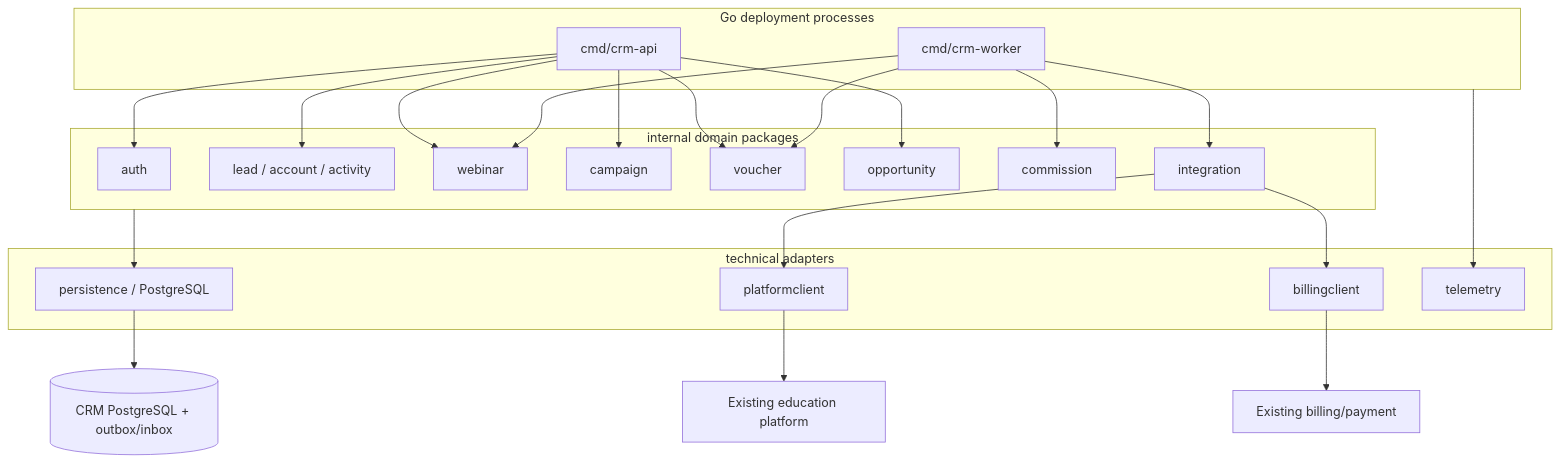
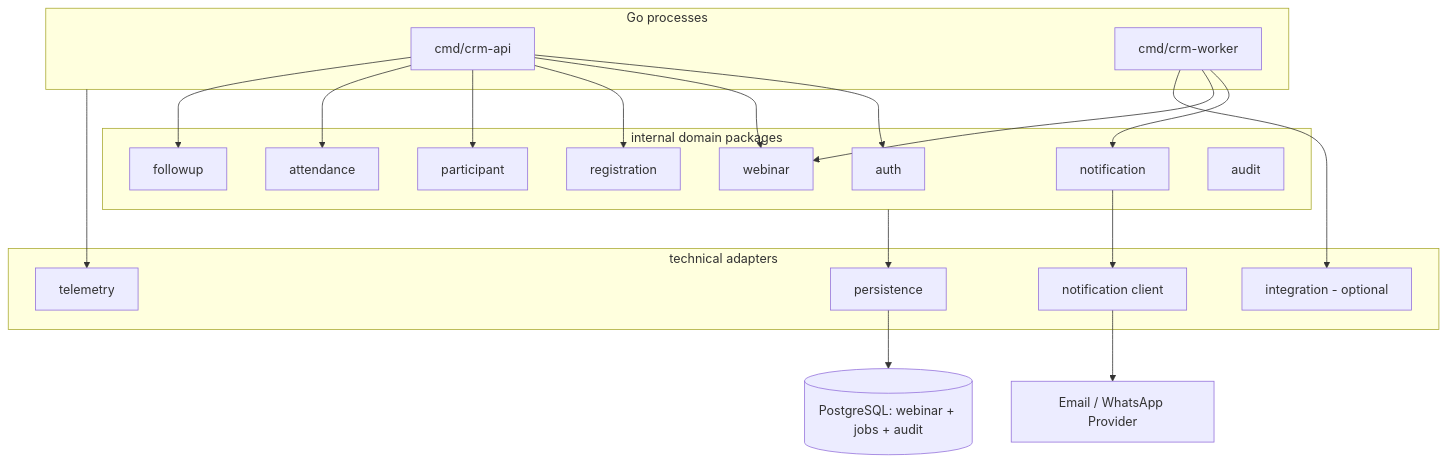
The diagram in diagrams/go-module-architecture.mmd (izestylusx/crm-sales-webinar-voucher), drawn with Mermaid before and after one commit. The commit also changed 50 other files, not shown here.

```diff
--- a/diagrams/go-module-architecture.mmd
+++ b/diagrams/go-module-architecture.mmd
@@ -1,41 +1,38 @@
 flowchart TB
-    subgraph Processes[Go deployment processes]
+    subgraph Processes[Go processes]
       API[cmd/crm-api]
       WORKER[cmd/crm-worker]
     end
 
     subgraph Domains[internal domain packages]
       AUTH[auth]
-      LEAD[lead / account / activity]
       WEB[webinar]
-      CAM[campaign]
-      VCH[voucher]
-      OPP[opportunity]
-      COM[commission]
-      INT[integration]
+      REG[registration]
+      PART[participant]
+      ATT[attendance]
+      NOTIF[notification]
+      FUP[followup]
+      AUD[audit]
     end
 
     subgraph Adapters[technical adapters]
-      PG[persistence / PostgreSQL]
-      PC[platformclient]
-      BC[billingclient]
+      PG[persistence]
+      NC[notification client]
       TEL[telemetry]
+      INT[integration - optional]
     end
 
     API --> AUTH
-    API --> LEAD
     API --> WEB
-    API --> CAM
-    API --> VCH
-    API --> OPP
+    API --> REG
+    API --> PART
+    API --> ATT
+    API --> FUP
+    WORKER --> NOTIF
     WORKER --> WEB
-    WORKER --> VCH
-    WORKER --> COM
     WORKER --> INT
     Domains --> PG
-    INT --> PC
-    INT --> BC
+    NOTIF --> NC
     Processes --> TEL
-    PG --> DB[(CRM PostgreSQL + outbox/inbox)]
-    PC --> PLATFORM[Existing education platform]
-    BC --> BILLING[Existing billing/payment]
+    PG --> DB[(PostgreSQL: webinar + jobs + audit)]
+    NC --> CHANNEL[Email / WhatsApp Provider]
```
